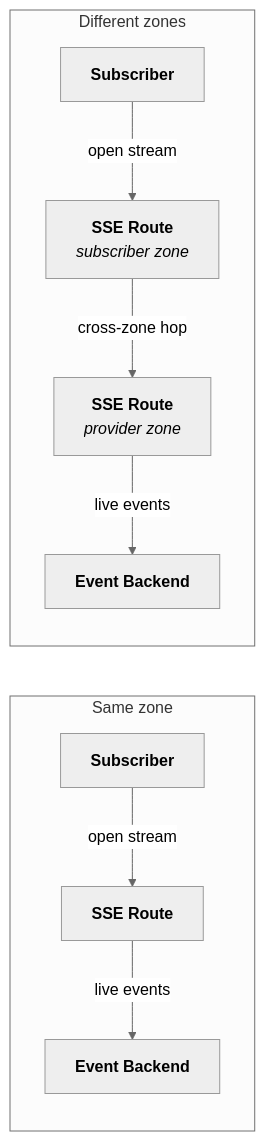
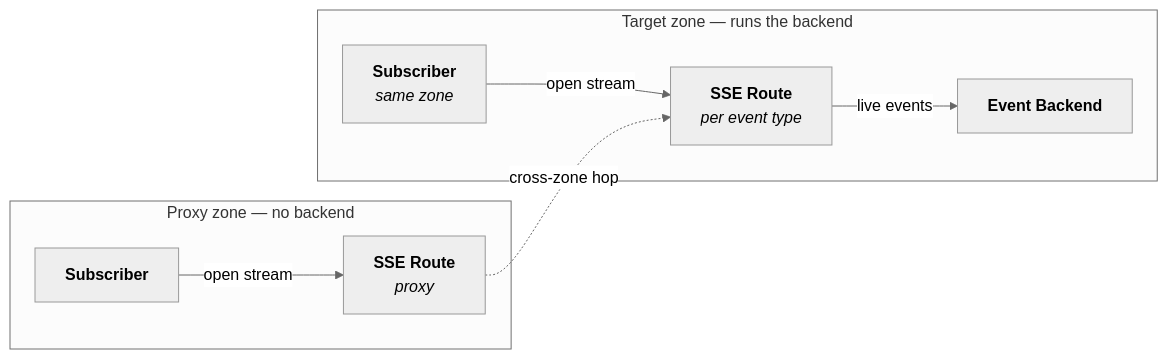
One commit to telekom/controlplane changed the fourth of 4 diagrams in docs/docs/architecture/event.mdx. Above: the diagram before and after it, drawn with Mermaid (neutral theme). The commit also changed other lines of this file and 4 other files, not shown here.

Commit message:
docs: event-routes and event-proxy docs are clearer

````diff
--- a/docs/docs/architecture/event.mdx
+++ b/docs/docs/architecture/event.mdx
@@ -108,13 +118,13 @@
 ```mermaid
 graph LR
-    subgraph Local["Same zone"]
-        C1["<b>Subscriber</b>"] -->|"open stream"| SR1["<b>SSE Route</b>"]
-        SR1 -->|"live events"| H1["<b>Event Backend</b>"]
+    subgraph PZ["Proxy zone — no backend"]
+        C2["<b>Subscriber</b>"] -->|"open stream"| SR2["<b>SSE Route</b><br/><i>proxy</i>"]
     end
 
-    subgraph Cross["Different zones"]
-        C2["<b>Subscriber</b>"] -->|"open stream"| SR2["<b>SSE Route</b><br/><i>subscriber zone</i>"]
-        SR2 -->|"cross-zone hop"| SR3["<b>SSE Route</b><br/><i>provider zone</i>"]
-        SR3 -->|"live events"| H2["<b>Event Backend</b>"]
+    subgraph TZ["Target zone — runs the backend"]
+        C1["<b>Subscriber</b><br/><i>same zone</i>"] -->|"open stream"| SR1["<b>SSE Route</b><br/><i>per event type</i>"]
+        SR1 -->|"live events"| H["<b>Event Backend</b>"]
     end
+
+    SR2 -.->|"cross-zone hop"| SR1
 ```
````
